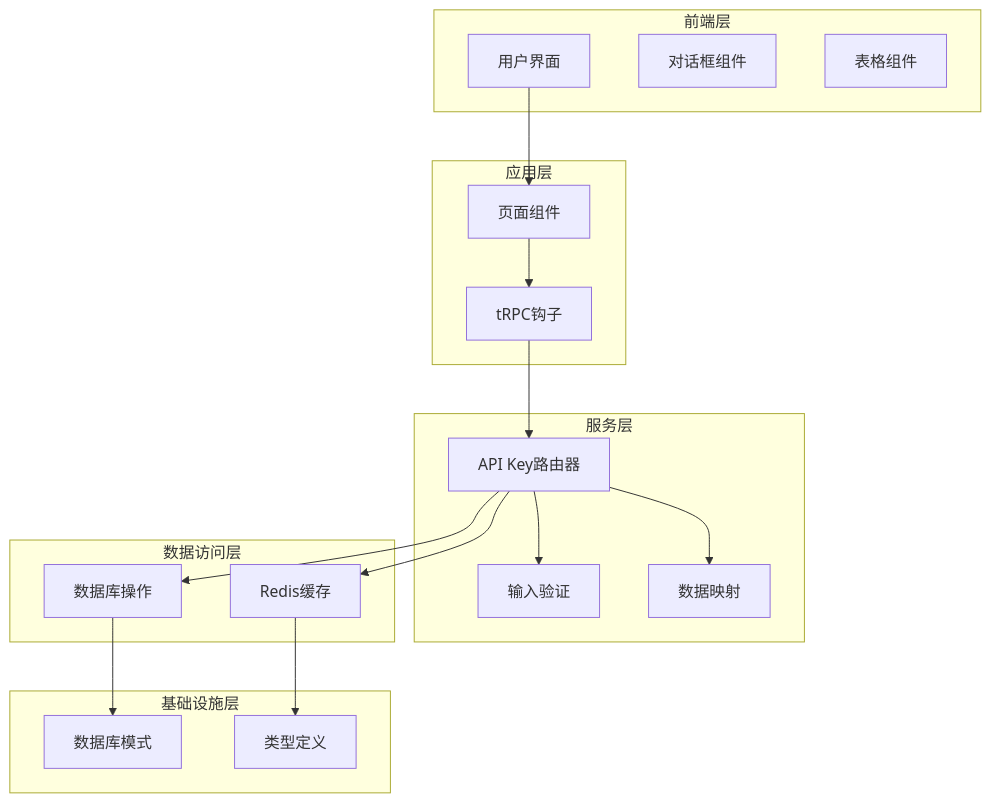
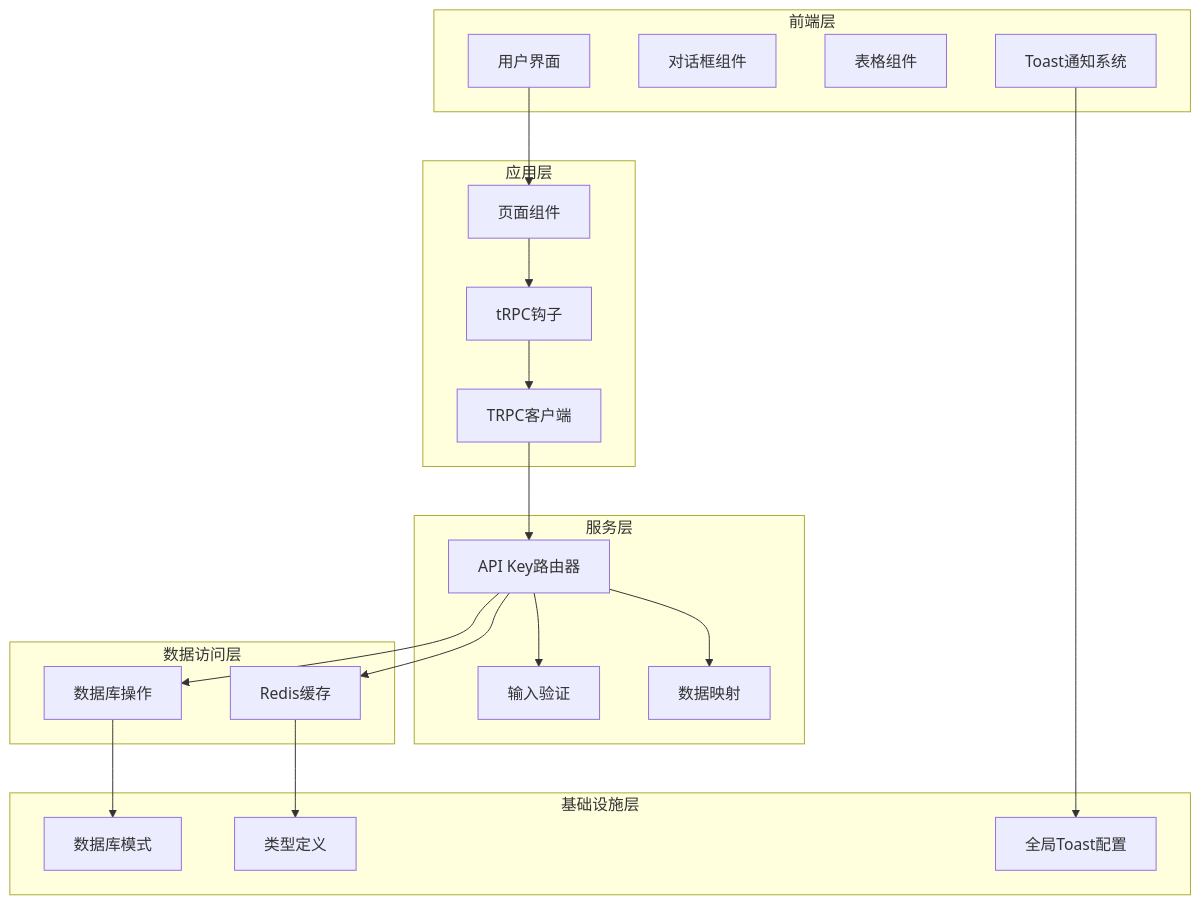
One commit to RadiumAg/AIGate changed the first of 8 diagrams in .qoder/repowiki/zh/content/API 参考/tRPC API 接口/API Key 管理路由.md. Above: the diagram before and after it, drawn with Mermaid. The commit also changed other lines of this file and 2 other files, not shown here.

````diff
--- a/.qoder/repowiki/zh/content/API 参考/tRPC API 接口/API Key 管理路由.md
+++ b/.qoder/repowiki/zh/content/API 参考/tRPC API 接口/API Key 管理路由.md
@@ -37,34 +48,39 @@
 ```mermaid
 graph TB
 subgraph "前端层"
 UI[用户界面]
 Dialog[对话框组件]
 Table[表格组件]
+Toast[Toast通知系统]
 end
 subgraph "应用层"
 Page[页面组件]
 Hooks[tRPC钩子]
+TRPC[TRPC客户端]
 end
 subgraph "服务层"
 Router[API Key路由器]
 Validation[输入验证]
 Mapping[数据映射]
 end
 subgraph "数据访问层"
 DB[数据库操作]
 Cache[Redis缓存]
 end
 subgraph "基础设施层"
 Schema[数据库模式]
 Types[类型定义]
+Toaster[全局Toast配置]
 end
 UI --> Page
 Page --> Hooks
-Hooks --> Router
+Hooks --> TRPC
+TRPC --> Router
 Router --> Validation
 Router --> Mapping
 Router --> DB
 Router --> Cache
 DB --> Schema
 Cache --> Types
+Toast --> Toaster
 ```
````
